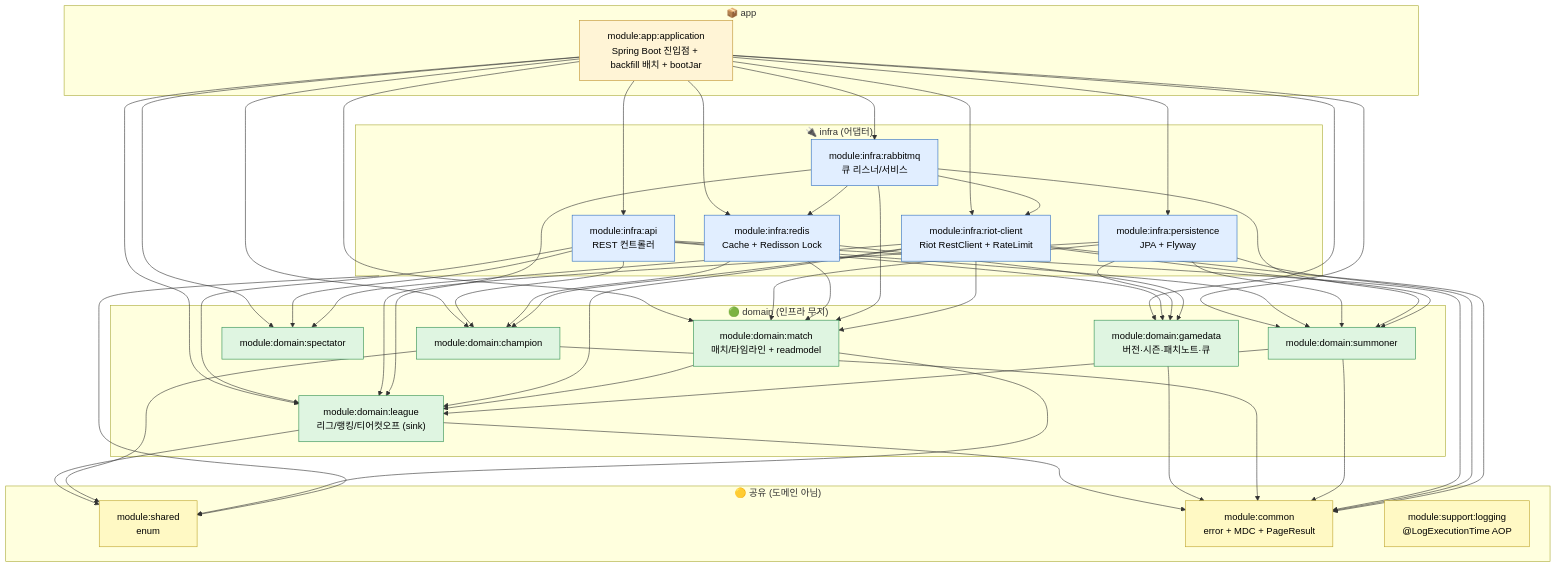
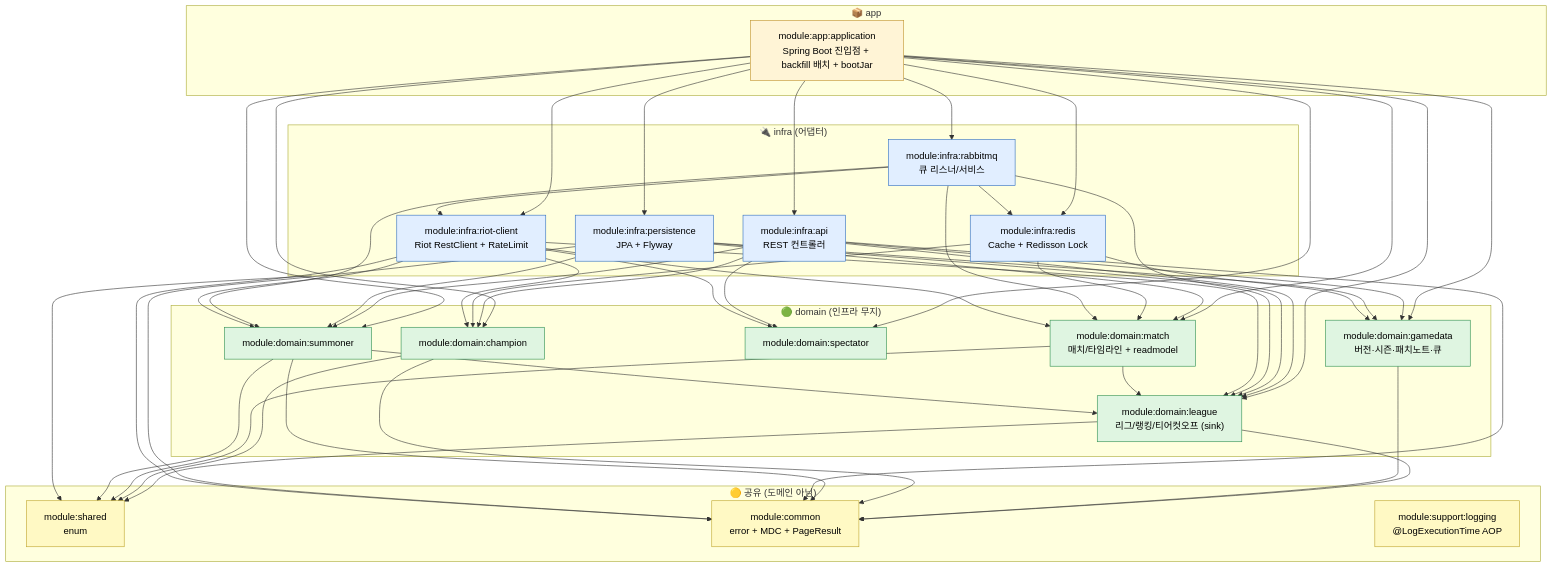
The diagram in docs/ARCHITECTURE.md (padosol/lol-repository), drawn with Mermaid before and after one commit. The commit also changed 21 other files, not shown here.

````diff
--- a/docs/ARCHITECTURE.md
+++ b/docs/ARCHITECTURE.md
@@ -14,57 +14,57 @@
 ```mermaid
 flowchart TB
     subgraph app["📦 app"]
       application["module:app:application<br/>Spring Boot 진입점 + backfill 배치 + bootJar"]
     end
 
     subgraph domain["🟢 domain (인프라 무지)"]
       league["module:domain:league<br/>리그/랭킹/티어컷오프 (sink)"]
       gamedata["module:domain:gamedata<br/>버전·시즌·패치노트·큐"]
       champion["module:domain:champion"]
       spectator["module:domain:spectator"]
       match["module:domain:match<br/>매치/타임라인 + readmodel"]
       summoner["module:domain:summoner"]
     end
 
     subgraph shared["🟡 공유 (도메인 아님)"]
       sharedM["module:shared<br/>enum"]
       common["module:common<br/>error + MDC + PageResult"]
       logging["module:support:logging<br/>@LogExecutionTime AOP"]
     end
 
     subgraph infra["🔌 infra (어댑터)"]
       api["module:infra:api<br/>REST 컨트롤러"]
       pg["module:infra:persistence<br/>JPA + Flyway"]
       redis["module:infra:redis<br/>Cache + Redisson Lock"]
       rabbit["module:infra:rabbitmq<br/>큐 리스너/서비스"]
       riot["module:infra:riot-client<br/>Riot RestClient + RateLimit"]
     end
 
     application --> api & pg & redis & rabbit & riot
     application --> league & gamedata & champion & spectator & match & summoner
 
     api --> league & gamedata & champion & spectator & summoner
     pg --> league & gamedata & match & summoner
     redis --> gamedata & champion & match
     rabbit --> league & match & summoner
     riot --> league & champion & spectator & match & summoner
 
     match --> league
     summoner --> league
 
-    league & champion & match --> sharedM
+    league & champion & match & summoner --> sharedM
     infra --> sharedM
     league & gamedata & champion & summoner --> common
     api & pg & riot --> common
 
     rabbit --> redis & riot
 
     classDef d fill:#dff5e1,stroke:#2d8f4f,color:#000
     classDef i fill:#e1eeff,stroke:#2d6cbf,color:#000
     classDef a fill:#fff4d6,stroke:#bf922d,color:#000
     classDef s fill:#fff9c4,stroke:#bfa52d,color:#000
     class league,gamedata,champion,spectator,match,summoner d
     class api,pg,redis,rabbit,riot i
     class application a
     class sharedM,common,logging s
 ```
````
